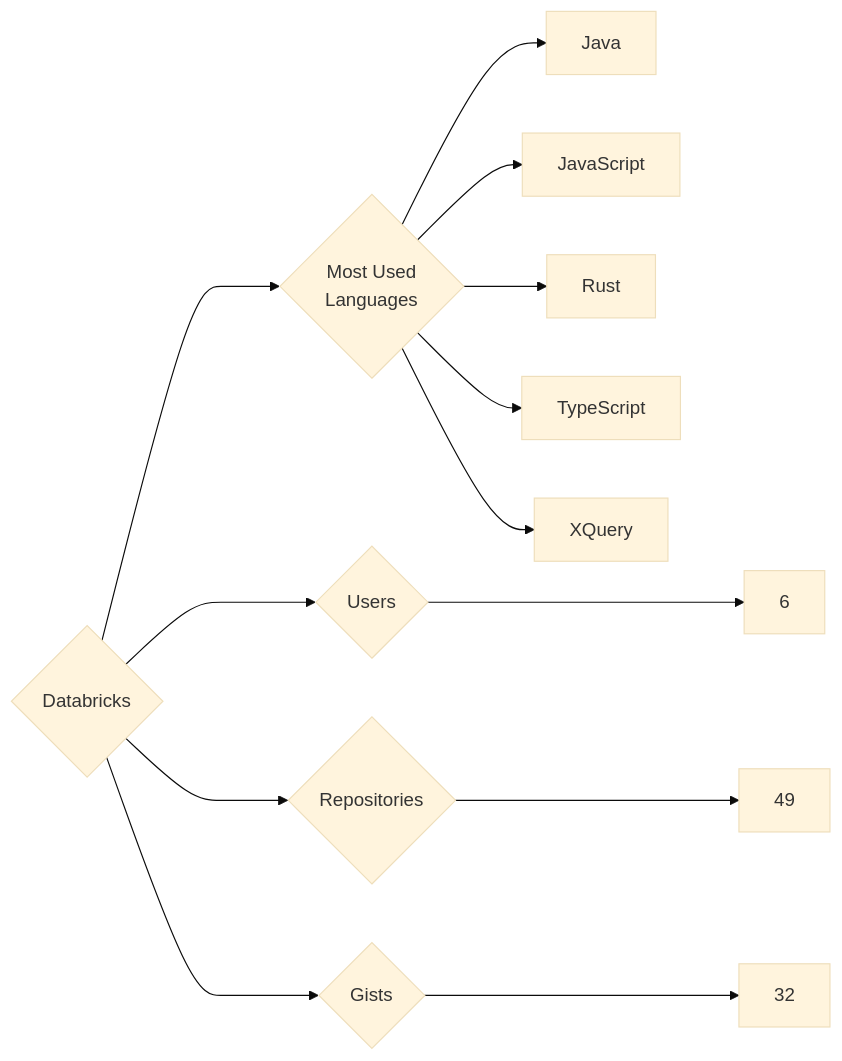
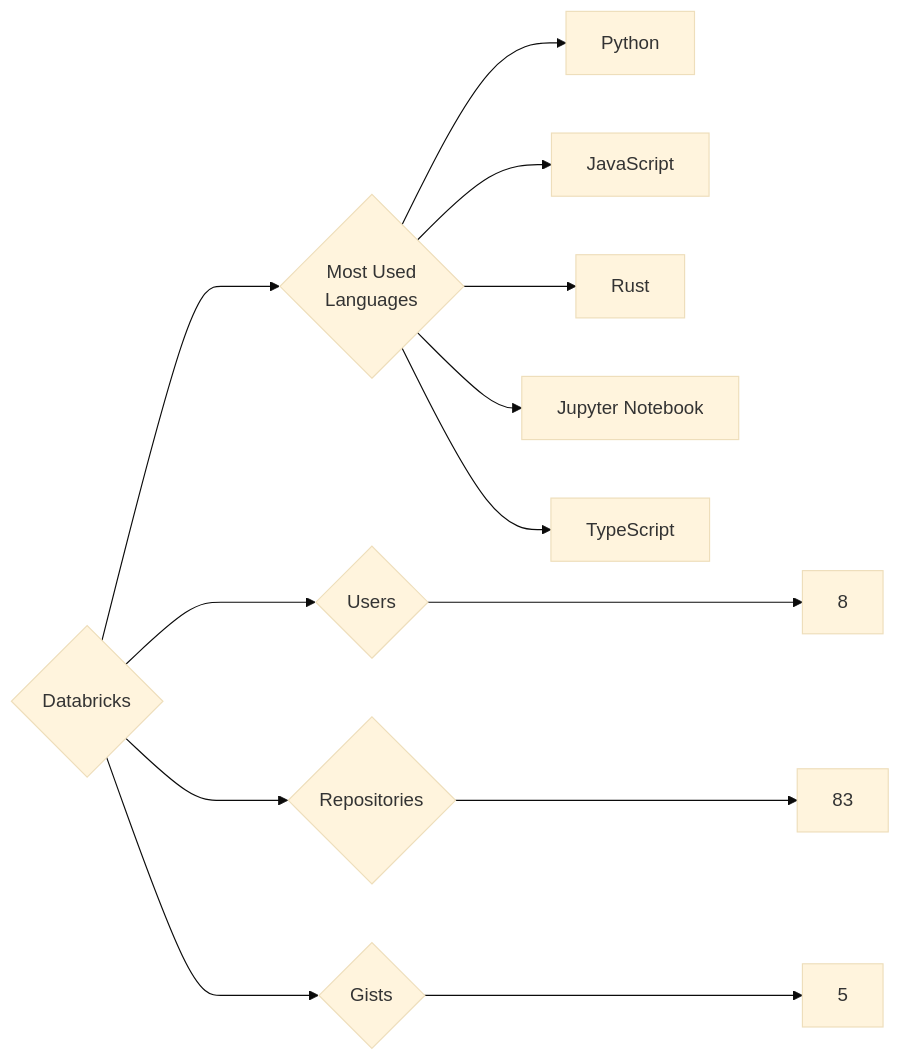
Before and after one commit to trickest/insiders: the diagram in targets/Databricks/README.md, drawn with Mermaid (base theme). The commit also changed 1088 other files, not shown here.

````diff
--- a/targets/Databricks/README.md
+++ b/targets/Databricks/README.md
@@ -3,13 +3,13 @@
 ```mermaid
 graph LR
 COMPANY_NAME{Databricks}
-COMPANY_NAME ---> U{Users} ---> UN[6]
-COMPANY_NAME ---> R{Repositories} ---> RN[49]
-COMPANY_NAME ---> G{Gists} ---> GN[32]
+COMPANY_NAME ---> U{Users} ---> UN[8]
+COMPANY_NAME ---> R{Repositories} ---> RN[83]
+COMPANY_NAME ---> G{Gists} ---> GN[5]
 COMPANY_NAME ---> ML{Most Used<br>Languages}
-ML --> Java[Java]
+ML --> Python[Python]
 ML --> JavaScript[JavaScript]
 ML --> Rust[Rust]
+ML --> Jupyter_Notebook[Jupyter Notebook]
 ML --> TypeScript[TypeScript]
-ML --> XQuery[XQuery]
 ```
````
